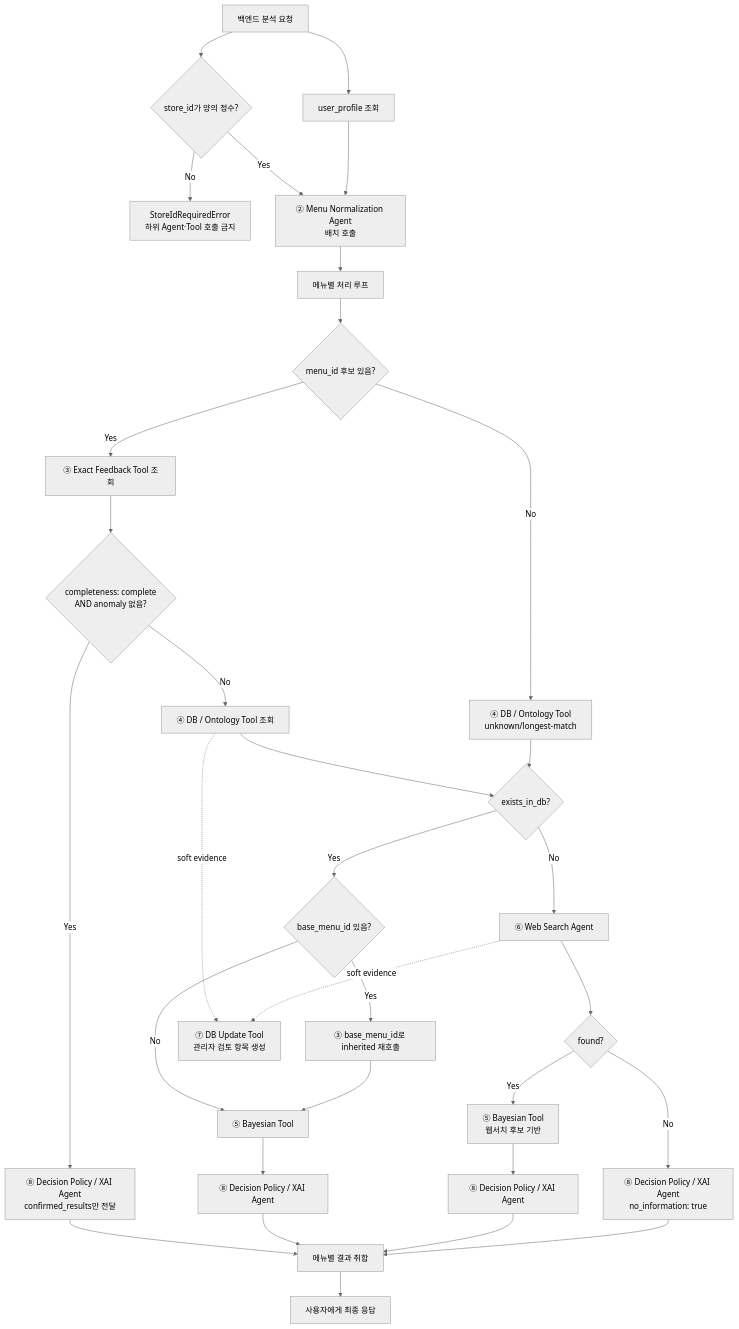
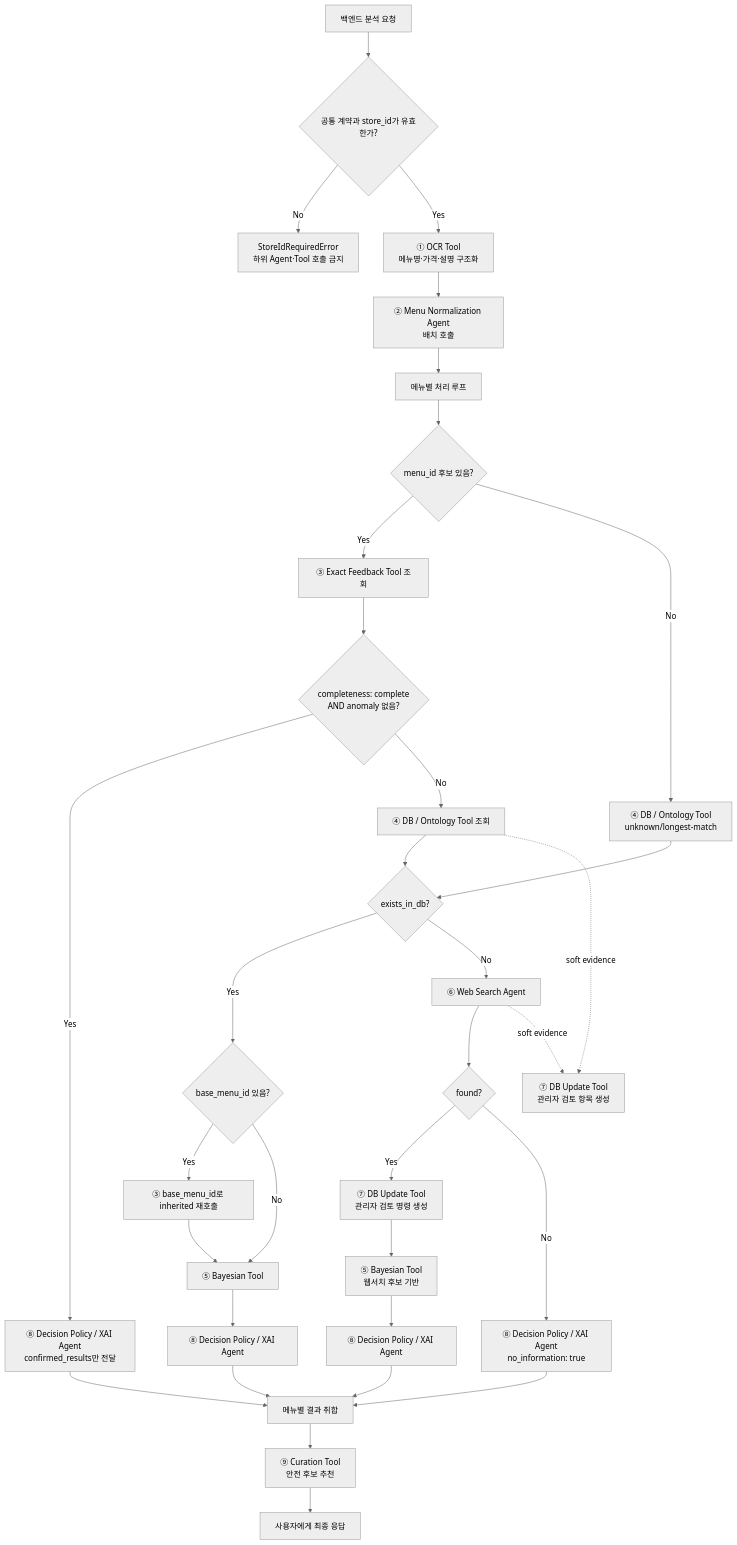
The diagram in docs/agent-0-supervisor.md (Han-Spoon/ai), drawn with Mermaid (neutral theme) before and after one commit. The commit also changed other lines of this file and 12 other files, not shown here.

````diff
--- a/docs/agent-0-supervisor.md
+++ b/docs/agent-0-supervisor.md
@@ -81,38 +152,39 @@
 ```mermaid
 flowchart TD
-    IN["백엔드 분석 요청"] --> PROF["user_profile 조회"]
-    IN --> STORE{"store_id가 양의 정수?"}
+    IN["백엔드 분석 요청"] --> STORE{"공통 계약과 store_id가 유효한가?"}
     STORE -->|No| ERR["StoreIdRequiredError\n하위 Agent·Tool 호출 금지"]
-    STORE -->|Yes| NORM["② Menu Normalization Agent<br/>배치 호출"]
-    PROF --> NORM
+    STORE -->|Yes| OCR["① OCR Tool<br/>메뉴명·가격·설명 구조화"]
+    OCR --> NORM["② Menu Normalization Agent<br/>배치 호출"]
 
     NORM --> LOOP["메뉴별 처리 루프"]
     LOOP --> MID{"menu_id 후보 있음?"}
     MID -->|Yes| EXACT["③ Exact Feedback Tool 조회"]
     MID -->|No| ONTO_UNKNOWN["④ DB / Ontology Tool<br/>unknown/longest-match"]
     EXACT --> COMP{"completeness: complete<br/>AND anomaly 없음?"}
     COMP -->|Yes| XAI1["⑧ Decision Policy / XAI Agent<br/>confirmed_results만 전달"]
     COMP -->|No| ONTO["④ DB / Ontology Tool 조회"]
 
     ONTO --> DBOK{"exists_in_db?"}
     ONTO_UNKNOWN --> DBOK
     DBOK -->|Yes| BASE{"base_menu_id 있음?"}
     BASE -->|Yes| INHERIT["③ base_menu_id로 inherited 재호출"]
     BASE -->|No| BAYES["⑤ Bayesian Tool"]
     INHERIT --> BAYES
     BAYES --> XAI2["⑧ Decision Policy / XAI Agent"]
 
     DBOK -->|No| WEB["⑥ Web Search Agent"]
     WEB --> FOUND{"found?"}
-    FOUND -->|Yes| BAYES2["⑤ Bayesian Tool<br/>웹서치 후보 기반"]
+    FOUND -->|Yes| DBUP2["⑦ DB Update Tool<br/>관리자 검토 명령 생성"]
+    DBUP2 --> BAYES2["⑤ Bayesian Tool<br/>웹서치 후보 기반"]
     BAYES2 --> XAI3["⑧ Decision Policy / XAI Agent"]
     FOUND -->|No| XAI4["⑧ Decision Policy / XAI Agent<br/>no_information: true"]
 
     ONTO -.soft evidence.-> DBUP1["⑦ DB Update Tool<br/>관리자 검토 항목 생성"]
     WEB -.soft evidence.-> DBUP1
     XAI1 --> OUT["메뉴별 결과 취합"]
     XAI2 --> OUT
     XAI3 --> OUT
     XAI4 --> OUT
-    OUT --> USER["사용자에게 최종 응답"]
+    OUT --> CUR["⑨ Curation Tool<br/>안전 후보 추천"]
+    CUR --> USER["사용자에게 최종 응답"]
 ```
````
